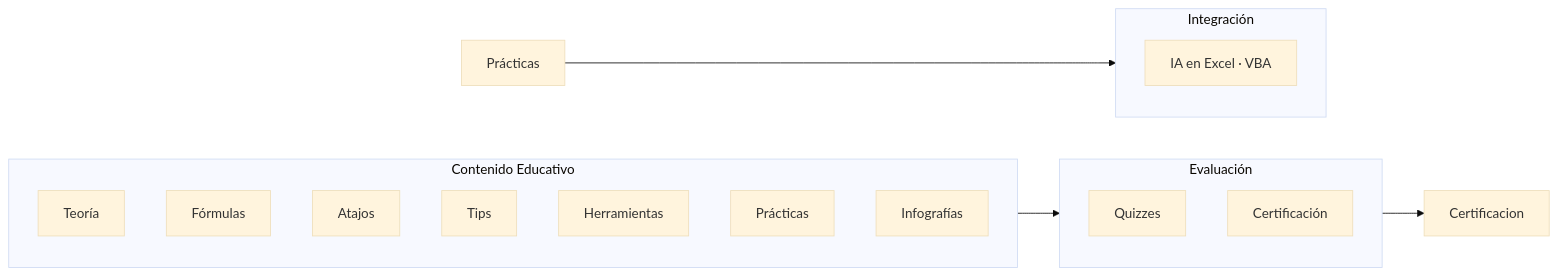
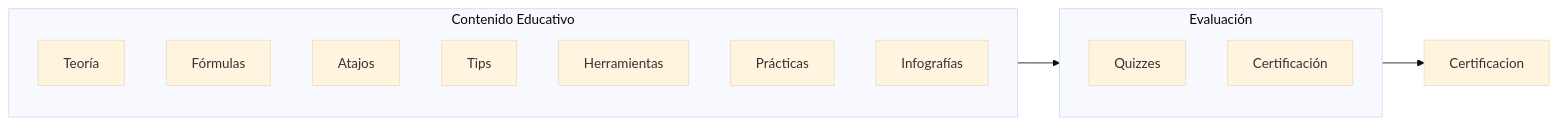
Before and after one commit to Samydex156/vanilla-blog-excel: the second of 2 diagrams in docs/CONTEXTO_PROYECTO.md, drawn with Mermaid (base theme). The commit also changed other lines of this file and 72 other files, not shown here.

````diff
--- a/docs/CONTEXTO_PROYECTO.md
+++ b/docs/CONTEXTO_PROYECTO.md
@@ -45,25 +43,20 @@
 ```mermaid
 graph LR
     subgraph ContenidoEducativo[Contenido Educativo]
         TE[Teoría]
         FO[Fórmulas]
         TA[Atajos]
         TI[Tips]
         HE[Herramientas]
         PR[Prácticas]
         IN[Infografías]
     end
 
     subgraph Evaluacion[Evaluación]
         QZ[Quizzes]
         CER[Certificación]
     end
 
-    subgraph Integracion[Integración]
-        IA[IA en Excel · VBA]
-    end
-
     ContenidoEducativo --> Evaluacion
     Evaluacion --> Certificacion
-    Prácticas --> Integracion
 ```
````
